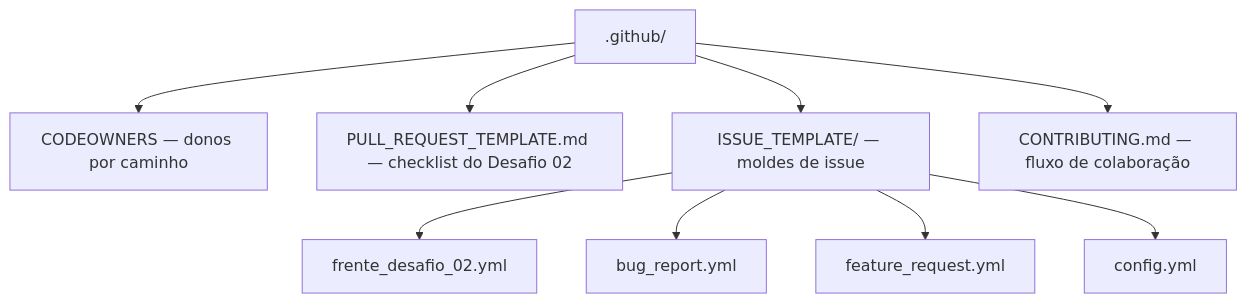
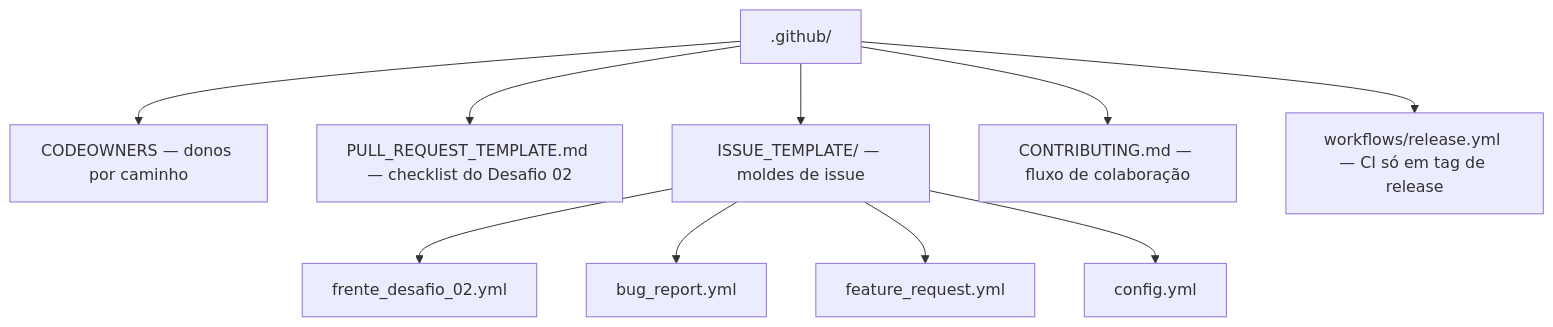
Before and after one commit to Spring-Boot-Java-s-Framework/arcanum-leque: the diagram in .github/OVERVIEW.md, drawn with Mermaid. The commit also changed other lines of this file and 2 other files, not shown here.

Commit message:
Features: Adding The Github Actions

````diff
--- a/.github/OVERVIEW.md
+++ b/.github/OVERVIEW.md
@@ -25,11 +25,12 @@
 ```mermaid
 flowchart TD
     G[".github/"] --> CO["CODEOWNERS — donos por caminho"]
     G --> PR["PULL_REQUEST_TEMPLATE.md — checklist do Desafio 02"]
     G --> IT["ISSUE_TEMPLATE/ — moldes de issue"]
     G --> CB["CONTRIBUTING.md — fluxo de colaboração"]
+    G --> WF["workflows/release.yml — CI só em tag de release"]
     IT --> F1["frente_desafio_02.yml"]
     IT --> F2["bug_report.yml"]
     IT --> F3["feature_request.yml"]
     IT --> F4["config.yml"]
 ```
````
